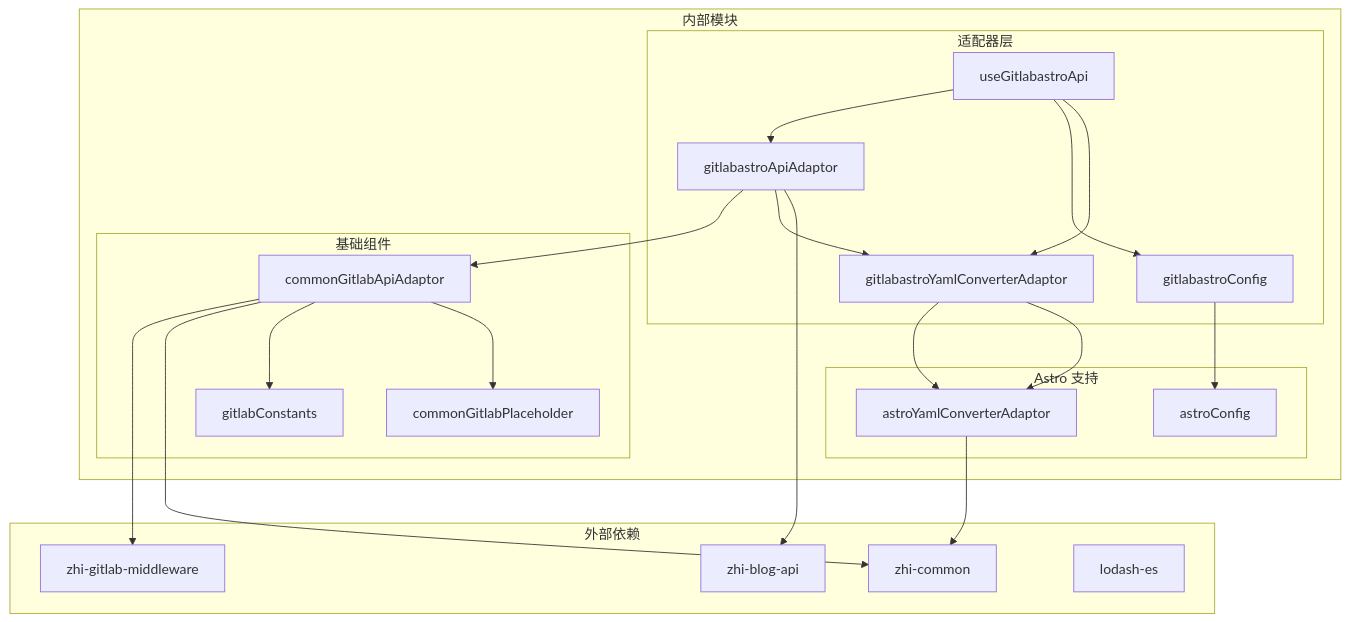
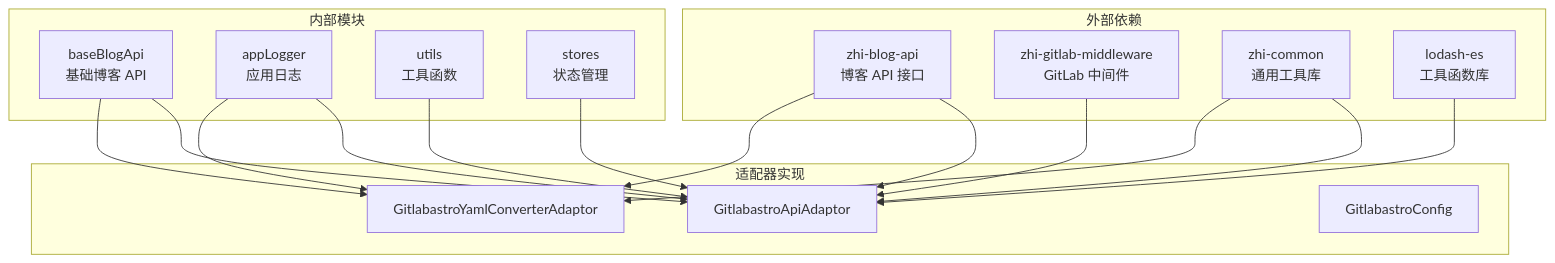
One commit to terwer/siyuan-plugin-publisher changed the seventh of 8 diagrams in .qoder/repowiki/zh/content/平台适配器系统/静态站点适配器/GitLab Astro 平台适配器.md. Above: the diagram before and after it, drawn with Mermaid. The commit also changed other lines of this file and 14 other files, not shown here.

````diff
--- a/.qoder/repowiki/zh/content/平台适配器系统/静态站点适配器/GitLab Astro 平台适配器.md
+++ b/.qoder/repowiki/zh/content/平台适配器系统/静态站点适配器/GitLab Astro 平台适配器.md
@@ -423,40 +284,32 @@
 ```mermaid
 graph TB
 subgraph "外部依赖"
-ZBA[zhi-blog-api]
-ZGC[zhi-gitlab-middleware]
-ZC[zhi-common]
-Lodash[lodash-es]
+ZBA[zhi-blog-api<br/>博客 API 接口]
+ZGC[zhi-gitlab-middleware<br/>GitLab 中间件]
+ZC[zhi-common<br/>通用工具库]
+Lodash[lodash-es<br/>工具函数库]
 end
 subgraph "内部模块"
-subgraph "适配器层"
-GA[gitlabastroApiAdaptor]
-GC[gitlabastroConfig]
-GY[gitlabastroYamlConverterAdaptor]
-GU[useGitlabastroApi]
+BaseApi[baseBlogApi<br/>基础博客 API]
+Logger[appLogger<br/>应用日志]
+Utils[utils<br/>工具函数]
+Store[stores<br/>状态管理]
 end
-subgraph "基础组件"
-CGA[commonGitlabApiAdaptor]
-CC[gitlabConstants]
-CP[commonGitlabPlaceholder]
+subgraph "适配器实现"
+GA[GitlabastroApiAdaptor]
+GY[GitlabastroYamlConverterAdaptor]
+GC[GitlabastroConfig]
 end
-subgraph "Astro 支持"
-AC[astroConfig]
-AY[astroYamlConverterAdaptor]
-end
-end
-GA --> CGA
-GA --> GY
-GA --> ZBA
-CGA --> ZGC
-CGA --> ZC
-GC --> AC
-GY --> AY
-GU --> GA
-GU --> GC
-GU --> GY
-AY --> ZC
-GY --> AY
-CGA --> CC
-CGA --> CP
+ZBA --> GA
+ZGC --> GA
+ZC --> GA
+Lodash --> GA
+BaseApi --> GA
+Logger --> GA
+Utils --> GA
+Store --> GA
+ZC --> GY
+Logger --> GY
+BaseApi --> GY
+ZBA --> GY
 ```
````
